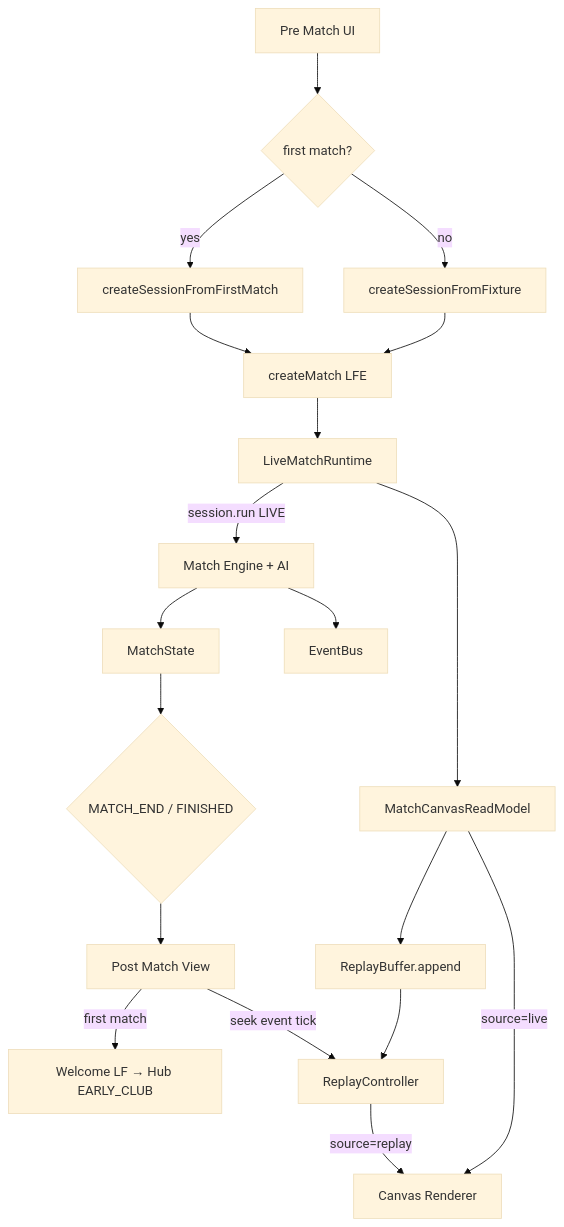
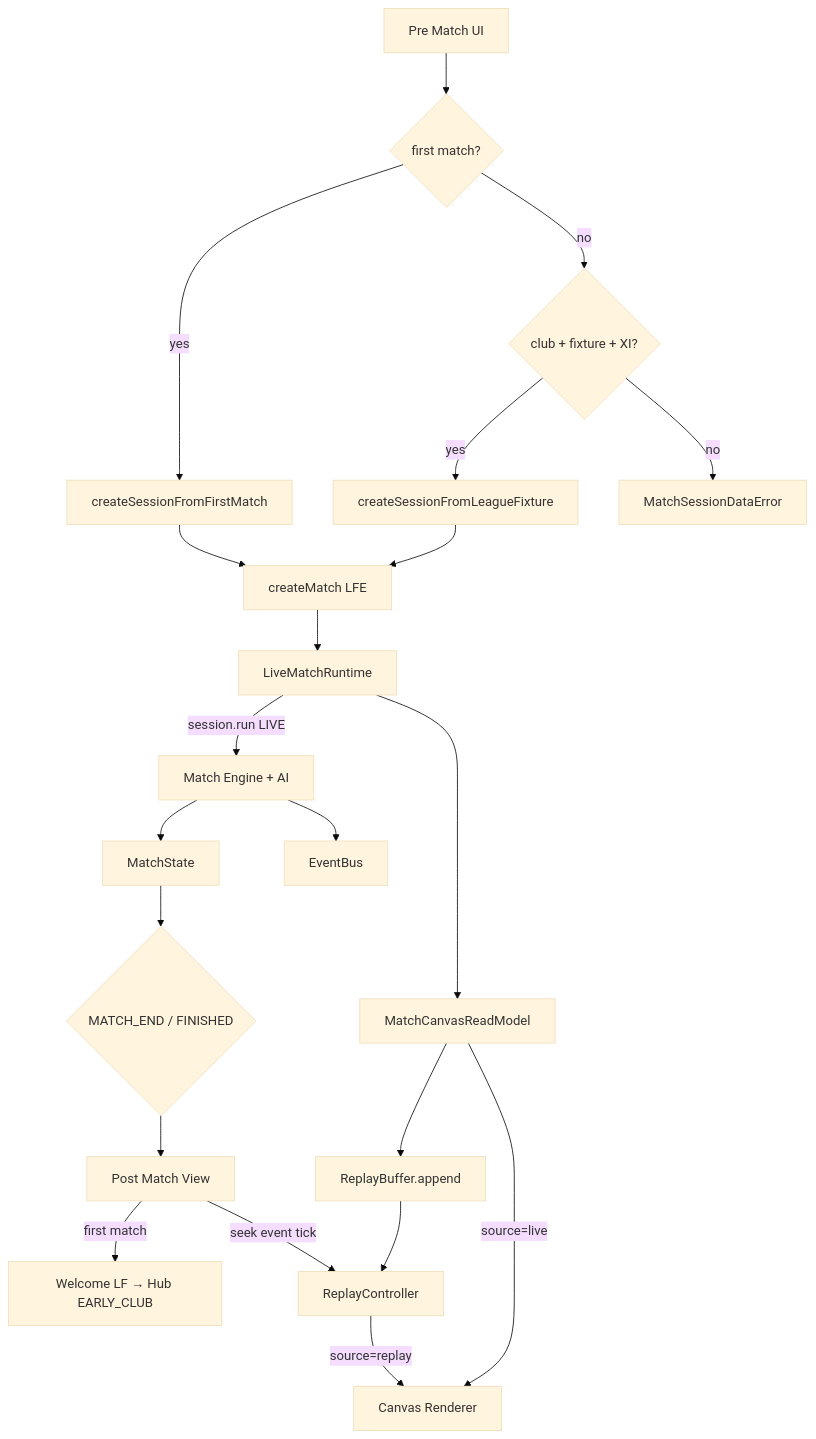
One commit to dawidthai125/lastfootball changed the diagram in docs/web/MATCH_UI_PIPELINE.md. Above: the diagram before and after it, drawn with Mermaid (base theme). The commit also changed other lines of this file and 10 other files, not shown here.

````diff
--- a/docs/web/MATCH_UI_PIPELINE.md
+++ b/docs/web/MATCH_UI_PIPELINE.md
@@ -29,21 +30,23 @@
 ```mermaid
 flowchart TD
   PM[Pre Match UI] --> CSF{first match?}
   CSF -->|yes| CFM[createSessionFromFirstMatch]
-  CSF -->|no| FIX[createSessionFromFixture]
+  CSF -->|no| LEAGUE{club + fixture + XI?}
+  LEAGUE -->|yes| CSL[createSessionFromLeagueFixture]
+  LEAGUE -->|no| ERR[MatchSessionDataError]
   CFM --> CM[createMatch LFE]
-  FIX --> CM
+  CSL --> CM
   CM --> LMR[LiveMatchRuntime]
   LMR -->|session.run LIVE| ENG[Match Engine + AI]
   ENG --> MS[MatchState]
   ENG --> EB[EventBus]
   LMR --> RM[MatchCanvasReadModel]
   RM --> BUF[ReplayBuffer.append]
   RM -->|source=live| CV[Canvas Renderer]
   BUF --> RC[ReplayController]
   RC -->|source=replay| CV
   MS --> END{MATCH_END / FINISHED}
   END --> POST[Post Match View]
   POST -->|first match| WEL[Welcome LF → Hub EARLY_CLUB]
   POST -->|seek event tick| RC
 ```
````
